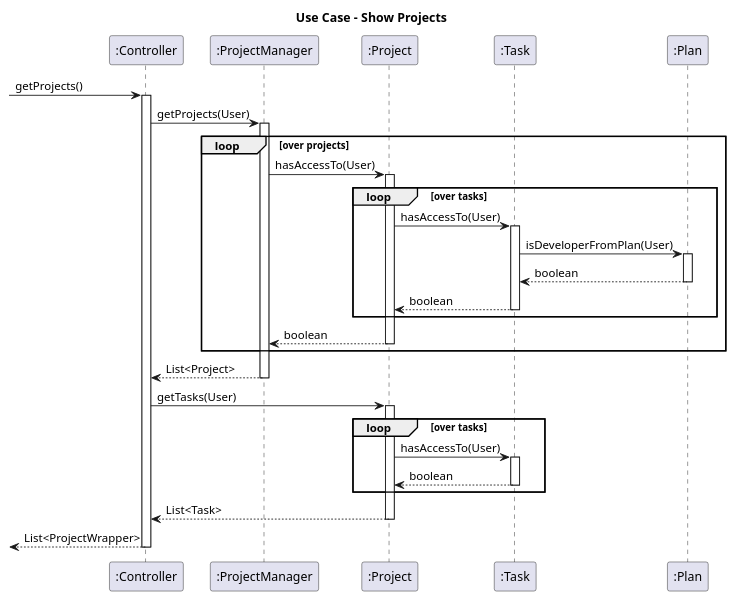
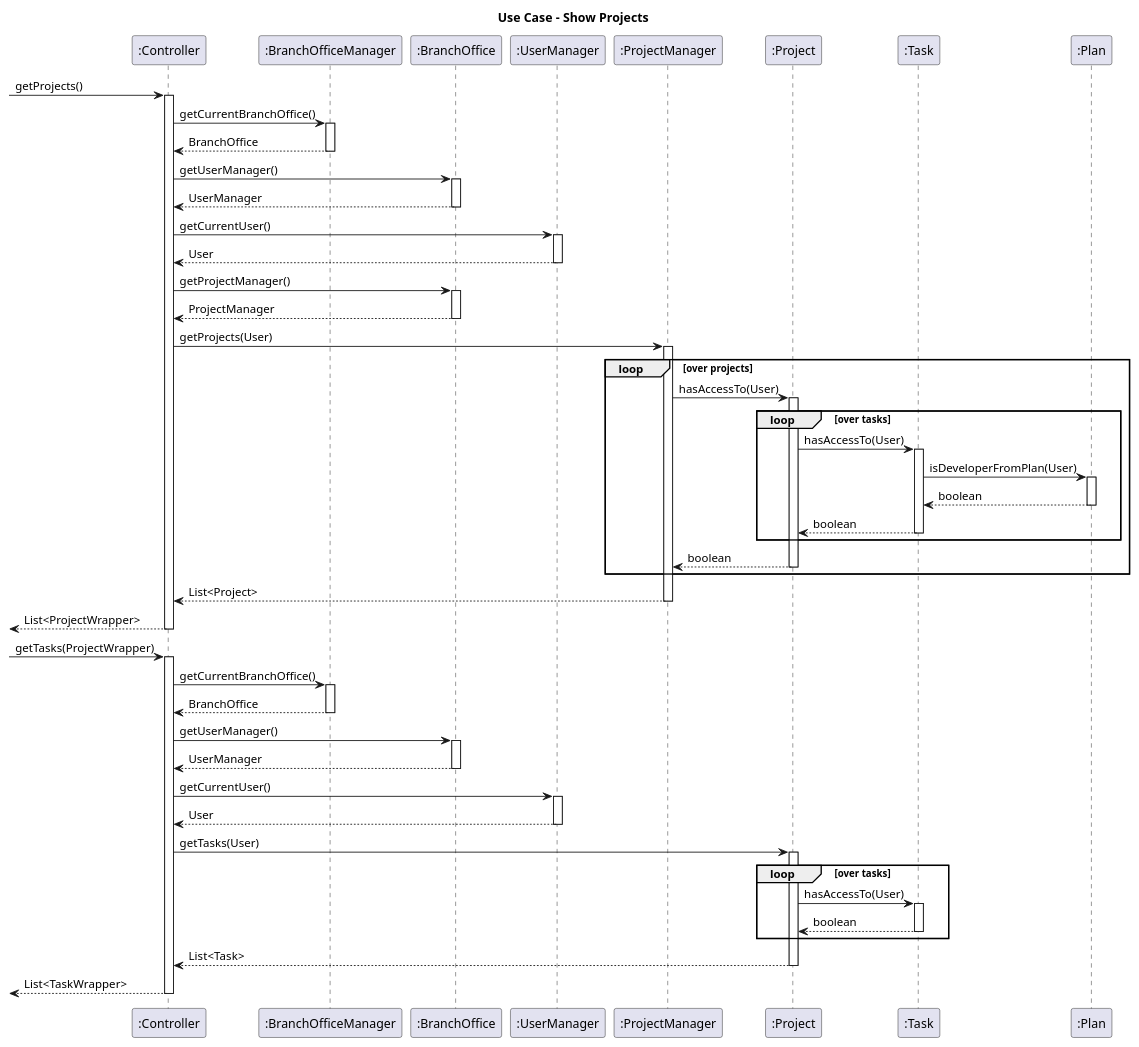
Before and after one commit to julienbenaouda/projectJJA: the diagram in diagrams/interaction_diagrams/UC 2 - Show Projects.plantuml, drawn with PlantUML. The commit also changed 6 other files, not shown here.

Commit message:
Fix create task & add interaction diagrams

```diff
--- a/diagrams/interaction_diagrams/UC 2 - Show Projects.plantuml
+++ b/diagrams/interaction_diagrams/UC 2 - Show Projects.plantuml
@@ -1,59 +1,100 @@
 @startuml
 
 title "Use Case - Show Projects"
 
 -> ":Controller": getProjects()
 activate ":Controller"
+
+":Controller" -> ":BranchOfficeManager": getCurrentBranchOffice()
+activate ":BranchOfficeManager"
+":Controller" <-- ":BranchOfficeManager": BranchOffice
+deactivate ":BranchOfficeManager"
+
+":Controller" -> ":BranchOffice": getUserManager()
+activate ":BranchOffice"
+":Controller" <-- ":BranchOffice": UserManager
+deactivate ":BranchOffice"
+
+":Controller" -> ":UserManager": getCurrentUser()
+activate ":UserManager"
+":Controller" <-- ":UserManager": User
+deactivate ":UserManager"
+
+":Controller" -> ":BranchOffice": getProjectManager()
+activate ":BranchOffice"
+":Controller" <-- ":BranchOffice": ProjectManager
+deactivate ":BranchOffice"
 
 ":Controller" -> ":ProjectManager" : getProjects(User)
 activate ":ProjectManager"
 
 loop over projects
     ":ProjectManager" -> ":Project" : hasAccessTo(User)
     activate ":Project"
 
     loop over tasks
         ":Project" -> ":Task" : hasAccessTo(User)
         activate ":Task"
 
         ":Task" -> ":Plan" : isDeveloperFromPlan(User)
         activate ":Plan"
 
         ":Plan" --> ":Task" : boolean
         deactivate ":Plan"
 
         ":Task" --> ":Project" : boolean
         deactivate ":Task"
 
     end
 
     ":Project" --> ":ProjectManager" : boolean
     deactivate ":Project"
 end
 
-
 ":ProjectManager" --> ":Controller" : List<Project>
 deactivate ":ProjectManager"
+
+<-- ":Controller" : List<ProjectWrapper>
+deactivate ":Controller"
+
+
+
+
+-> ":Controller": getTasks(ProjectWrapper)
+activate ":Controller"
+
+":Controller" -> ":BranchOfficeManager": getCurrentBranchOffice()
+activate ":BranchOfficeManager"
+":Controller" <-- ":BranchOfficeManager": BranchOffice
+deactivate ":BranchOfficeManager"
+
+":Controller" -> ":BranchOffice": getUserManager()
+activate ":BranchOffice"
+":Controller" <-- ":BranchOffice": UserManager
+deactivate ":BranchOffice"
+
+":Controller" -> ":UserManager": getCurrentUser()
+activate ":UserManager"
+":Controller" <-- ":UserManager": User
+deactivate ":UserManager"
 
 ":Controller" -> ":Project" : getTasks(User)
 activate ":Project"
 loop over tasks
     ":Project" -> ":Task" : hasAccessTo(User)
     activate ":Task"
 
 
     ":Task" --> ":Project" : boolean
     deactivate ":Task"
 
 end
 
 ":Project" --> ":Controller" : List<Task>
 deactivate ":Project"
 
-
-<-- ":Controller" : List<ProjectWrapper>
+<-- ":Controller" : List<TaskWrapper>
 deactivate ":Controller"
 
 
-
 @enduml
```
